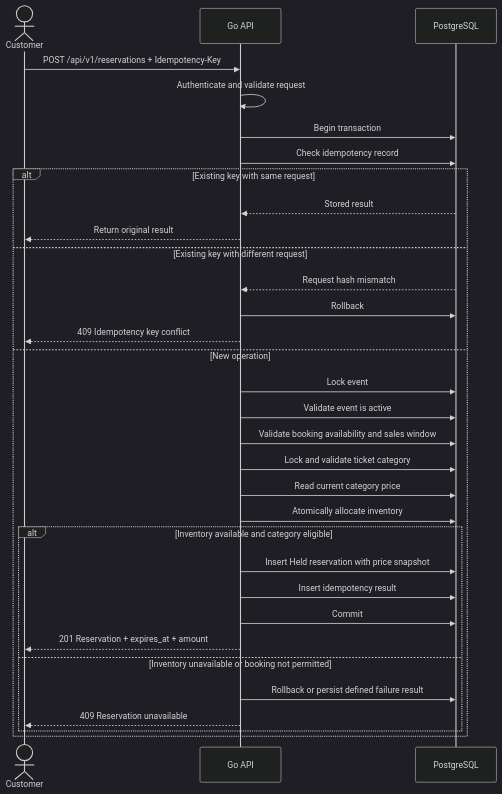
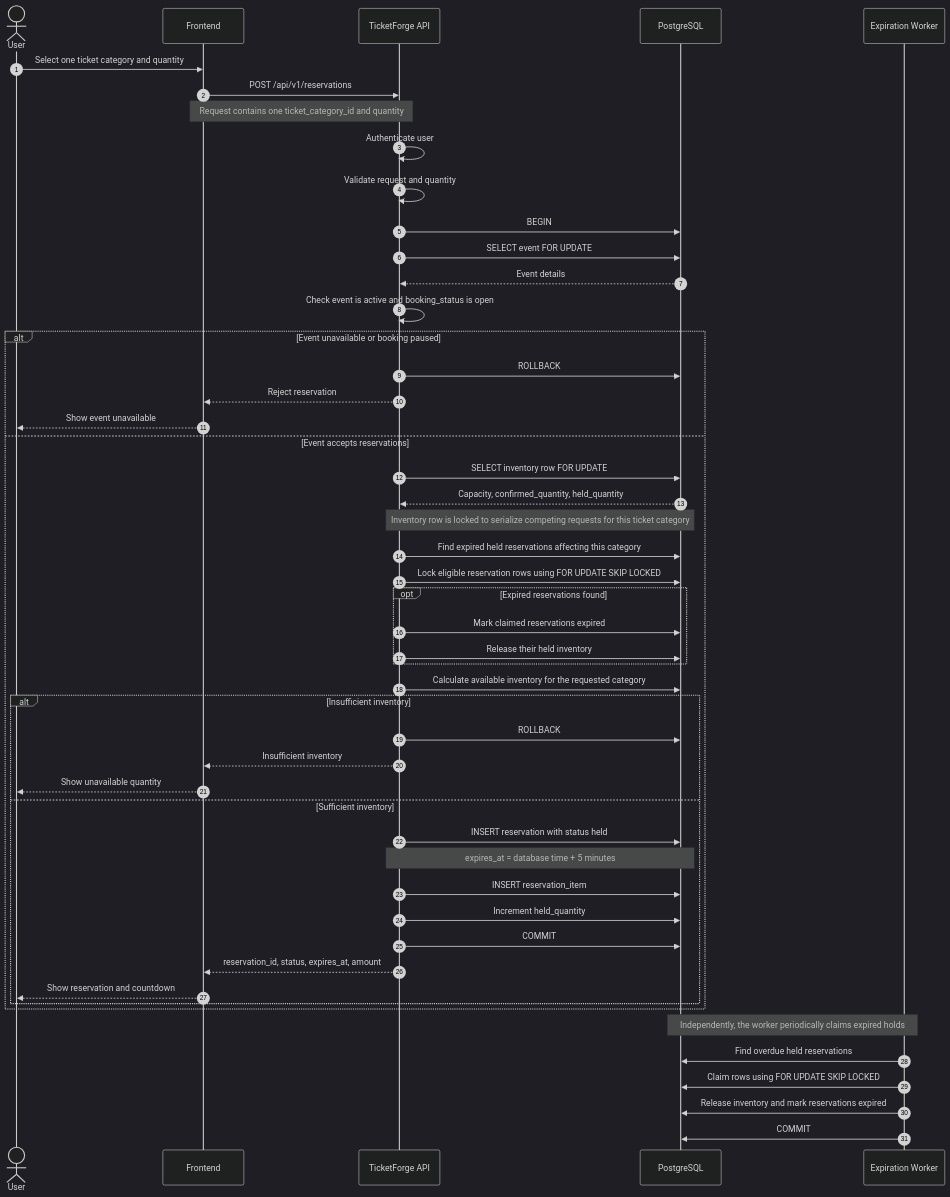
Before and after one commit to Punith1117/ticket-forge: the tenth of 15 diagrams in docs/sequence-diagrams.md, drawn with Mermaid (dark theme). The commit also changed other lines of this file and 1 other file, not shown here.

Commit message:
docs(diagrams): update state and sequence diagrams

````diff
--- a/docs/sequence-diagrams.md
+++ b/docs/sequence-diagrams.md
@@ -364,43 +364,71 @@
 ```mermaid
 sequenceDiagram
-    actor C as Customer
-    participant API as Go API
+    autonumber
+
+    actor User
+    participant FE as Frontend
+    participant API as TicketForge API
     participant DB as PostgreSQL
+    participant Worker as Expiration Worker
 
-    C->>API: POST /api/v1/reservations + Idempotency-Key
+    User->>FE: Select one ticket category and quantity
+    FE->>API: POST /api/v1/reservations
 
-    API->>API: Authenticate and validate request
+    Note over FE,API: Request contains one ticket_category_id and quantity
 
-    API->>DB: Begin transaction
-    API->>DB: Check idempotency record
+    API->>API: Authenticate user
+    API->>API: Validate request and quantity
 
-    alt Existing key with same request
-        DB-->>API: Stored result
-        API-->>C: Return original result
+    API->>DB: BEGIN
 
-    else Existing key with different request
-        DB-->>API: Request hash mismatch
-        API->>DB: Rollback
-        API-->>C: 409 Idempotency key conflict
+    API->>DB: SELECT event FOR UPDATE
+    DB-->>API: Event details
 
-    else New operation
-        API->>DB: Lock event
-        API->>DB: Validate event is active
-        API->>DB: Validate booking availability and sales window
-        API->>DB: Lock and validate ticket category
-        API->>DB: Read current category price
-        API->>DB: Atomically allocate inventory
+    API->>API: Check event is active and booking_status is open
 
-        alt Inventory available and category eligible
-            API->>DB: Insert Held reservation with price snapshot
-            API->>DB: Insert idempotency result
-            API->>DB: Commit
+    alt Event unavailable or booking paused
+        API->>DB: ROLLBACK
+        API-->>FE: Reject reservation
+        FE-->>User: Show event unavailable
+    else Event accepts reservations
 
-            API-->>C: 201 Reservation + expires_at + amount
+        API->>DB: SELECT inventory row FOR UPDATE
+    DB-->>API: Capacity, confirmed_quantity, held_quantity
 
-        else Inventory unavailable or booking not permitted
-            API->>DB: Rollback or persist defined failure result
-            API-->>C: 409 Reservation unavailable
+        Note over API,DB: Inventory row is locked to serialize competing requests for this ticket category
+
+        API->>DB: Find expired held reservations affecting this category
+        API->>DB: Lock eligible reservation rows using FOR UPDATE SKIP LOCKED
+
+        opt Expired reservations found
+            API->>DB: Mark claimed reservations expired
+            API->>DB: Release their held inventory
+        end
+
+        API->>DB: Calculate available inventory for the requested category
+
+        alt Insufficient inventory
+            API->>DB: ROLLBACK
+            API-->>FE: Insufficient inventory
+            FE-->>User: Show unavailable quantity
+        else Sufficient inventory
+
+            API->>DB: INSERT reservation with status held
+            Note over API,DB: expires_at = database time + 5 minutes
+
+            API->>DB: INSERT reservation_item
+            API->>DB: Increment held_quantity
+
+            API->>DB: COMMIT
+
+            API-->>FE: reservation_id, status, expires_at, amount
+            FE-->>User: Show reservation and countdown
         end
     end
+
+    Note over Worker,DB: Independently, the worker periodically claims expired holds
+    Worker->>DB: Find overdue held reservations
+    Worker->>DB: Claim rows using FOR UPDATE SKIP LOCKED
+    Worker->>DB: Release inventory and mark reservations expired
+    Worker->>DB: COMMIT
 ```
````
